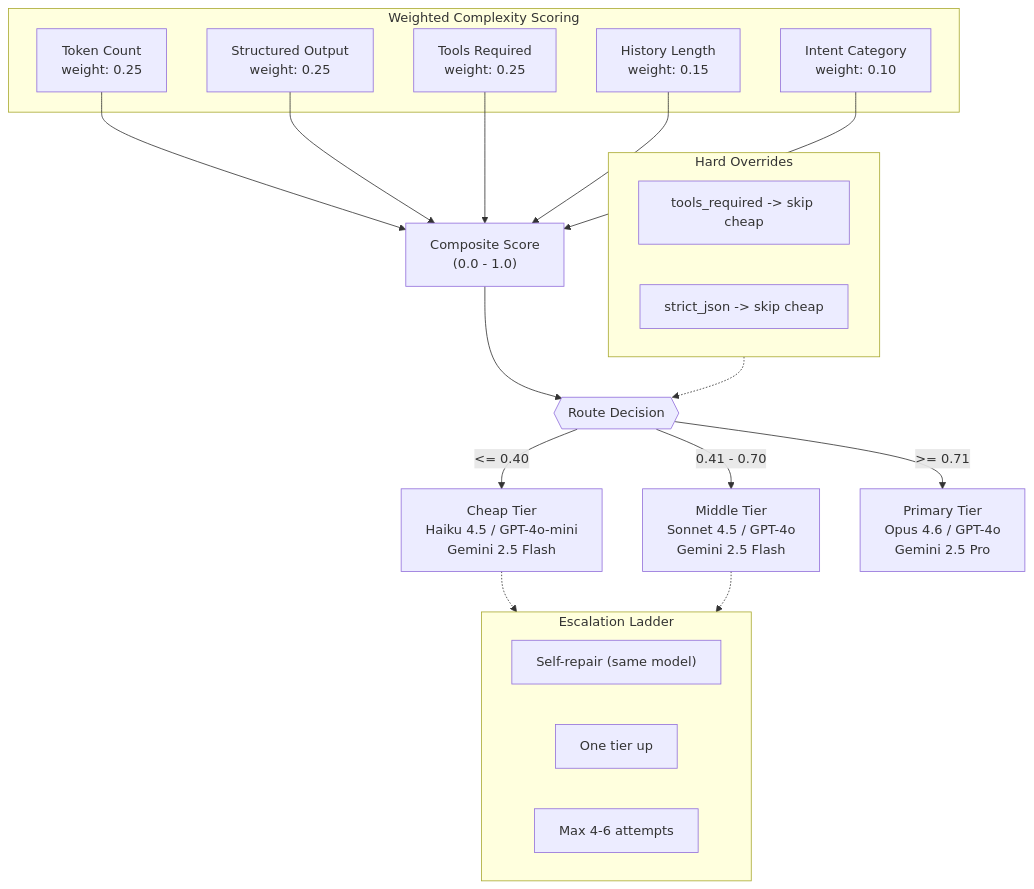
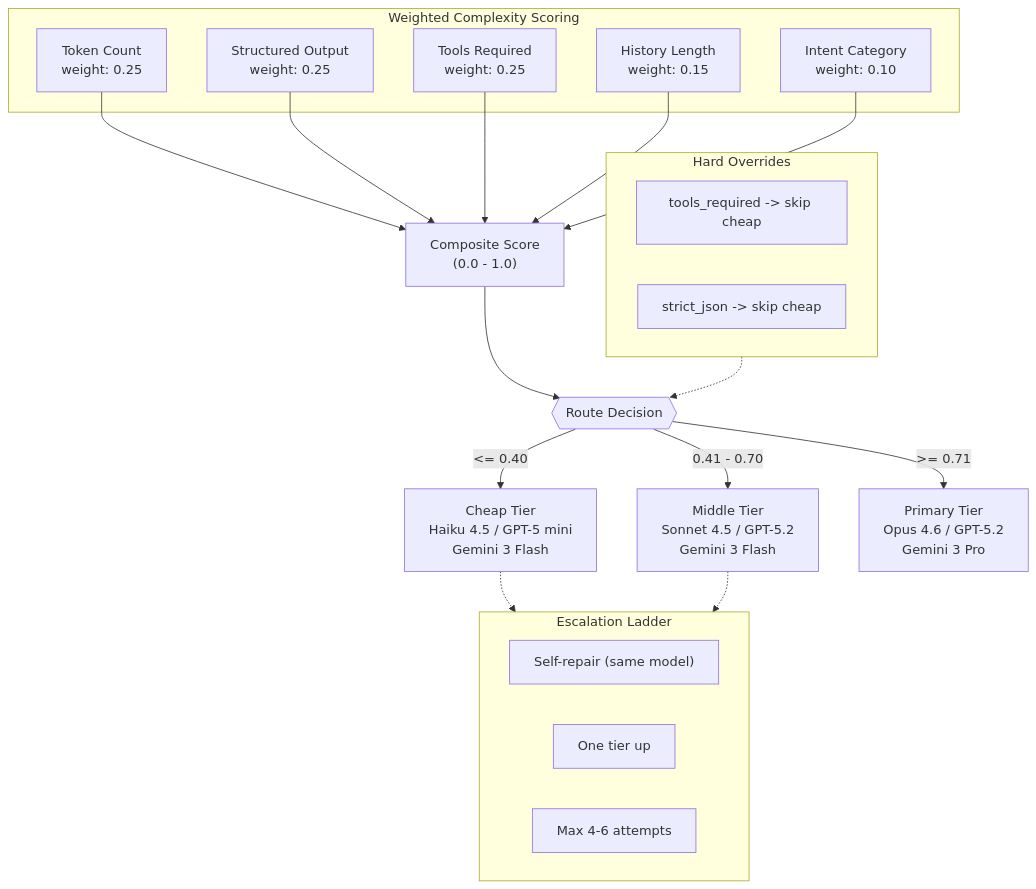
Before and after one commit to rafaelob/aiLine: the fifth of 8 diagrams in docs/architecture-diagram.md, drawn with Mermaid. The commit also changed other lines of this file and 332 other files, not shown here.

````diff
--- a/docs/architecture-diagram.md
+++ b/docs/architecture-diagram.md
@@ -186,39 +186,39 @@
 ```mermaid
 graph TB
     subgraph Scoring["Weighted Complexity Scoring"]
         Tokens["Token Count<br/>weight: 0.25"]
         Structured["Structured Output<br/>weight: 0.25"]
         Tools["Tools Required<br/>weight: 0.25"]
         History["History Length<br/>weight: 0.15"]
         Intent["Intent Category<br/>weight: 0.10"]
     end
 
     Score["Composite Score<br/>(0.0 - 1.0)"]
 
     Tokens --> Score
     Structured --> Score
     Tools --> Score
     History --> Score
     Intent --> Score
 
     Score --> Route{{"Route Decision"}}
 
-    Route -- "<= 0.40" --> Cheap["Cheap Tier<br/>Haiku 4.5 / GPT-4o-mini<br/>Gemini 2.5 Flash"]
-    Route -- "0.41 - 0.70" --> Middle["Middle Tier<br/>Sonnet 4.5 / GPT-4o<br/>Gemini 2.5 Flash"]
-    Route -- ">= 0.71" --> Primary["Primary Tier<br/>Opus 4.6 / GPT-4o<br/>Gemini 2.5 Pro"]
+    Route -- "<= 0.40" --> Cheap["Cheap Tier<br/>Haiku 4.5 / GPT-5 mini<br/>Gemini 3 Flash"]
+    Route -- "0.41 - 0.70" --> Middle["Middle Tier<br/>Sonnet 4.5 / GPT-5.2<br/>Gemini 3 Flash"]
+    Route -- ">= 0.71" --> Primary["Primary Tier<br/>Opus 4.6 / GPT-5.2<br/>Gemini 3 Pro"]
 
     subgraph Overrides["Hard Overrides"]
         HO1["tools_required -> skip cheap"]
         HO2["strict_json -> skip cheap"]
     end
 
     subgraph Escalation["Escalation Ladder"]
         E1["Self-repair (same model)"]
         E2["One tier up"]
         E3["Max 4-6 attempts"]
     end
 
     Overrides -.-> Route
     Cheap -.-> Escalation
     Middle -.-> Escalation
 ```
````
